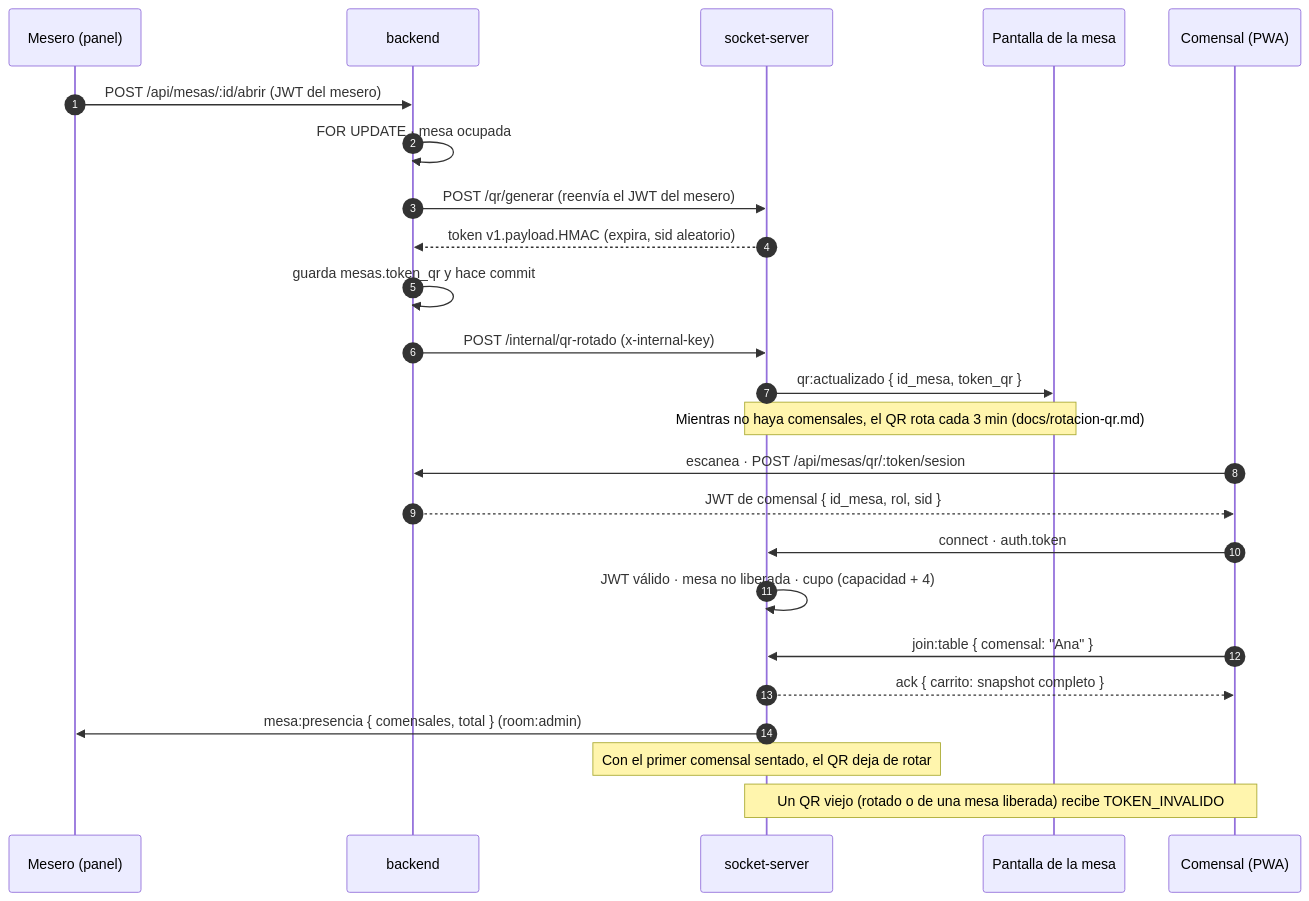
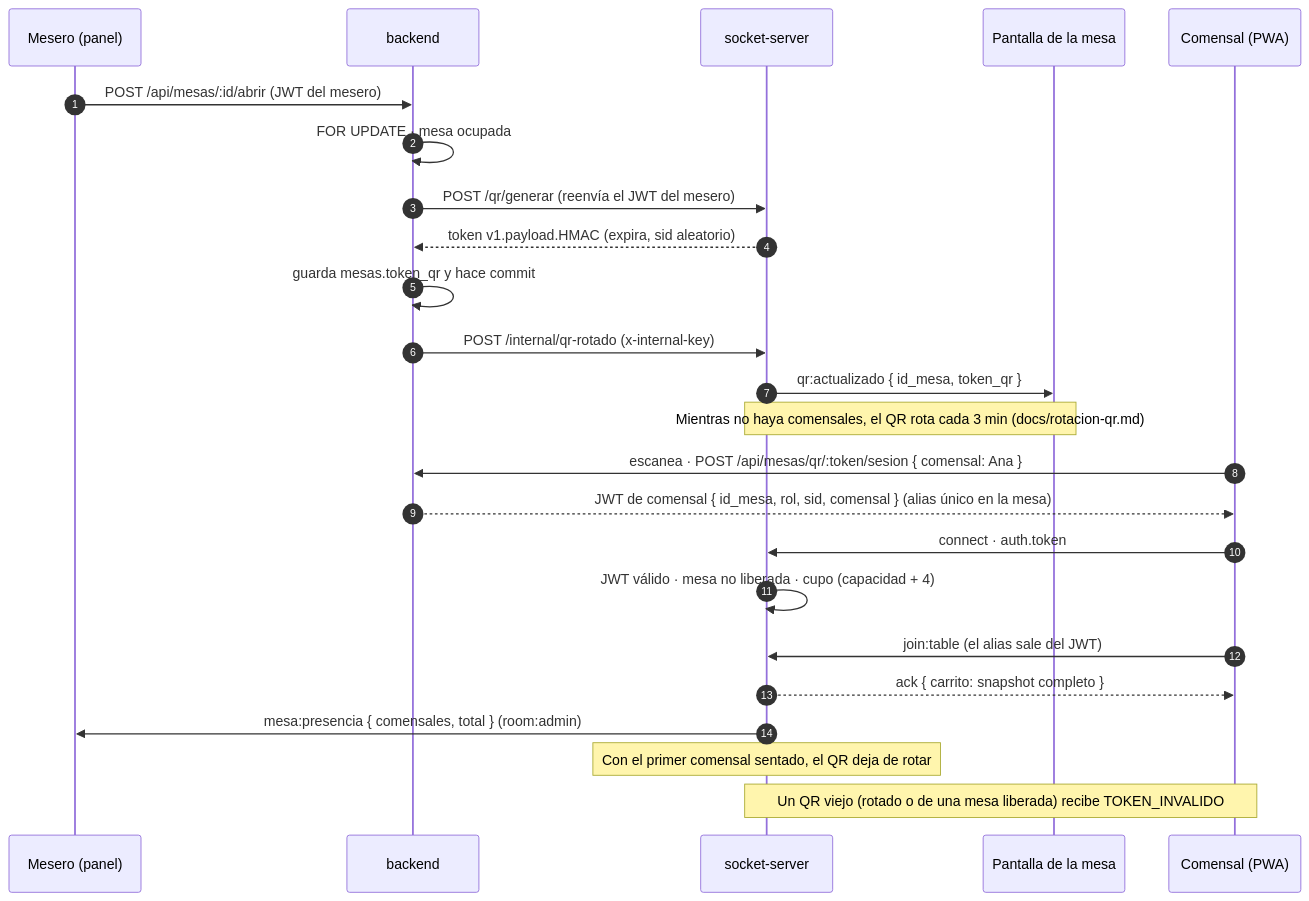
One commit to jdavidpulgarin/smartdining changed the first of 4 diagrams in socket-server/README.md. Above: the diagram before and after it, drawn with Mermaid. The commit also changed other lines of this file and 5 other files, not shown here.

First line of the commit message:
docs(socket): documentar alias tomado del jwt

````diff
--- a/socket-server/README.md
+++ b/socket-server/README.md
@@ -97,26 +96,26 @@
 ```mermaid
 sequenceDiagram
   autonumber
   participant M as Mesero (panel)
   participant B as backend
   participant S as socket-server
   participant P as Pantalla de la mesa
   participant C as Comensal (PWA)
   M->>B: POST /api/mesas/:id/abrir (JWT del mesero)
   B->>B: FOR UPDATE · mesa ocupada
   B->>S: POST /qr/generar (reenvía el JWT del mesero)
   S-->>B: token v1.payload.HMAC (expira, sid aleatorio)
   B->>B: guarda mesas.token_qr y hace commit
   B->>S: POST /internal/qr-rotado (x-internal-key)
   S->>P: qr:actualizado { id_mesa, token_qr }
   Note over S,P: Mientras no haya comensales, el QR rota cada 3 min (docs/rotacion-qr.md)
-  C->>B: escanea · POST /api/mesas/qr/:token/sesion
-  B-->>C: JWT de comensal { id_mesa, rol, sid }
+  C->>B: escanea · POST /api/mesas/qr/:token/sesion { comensal: Ana }
+  B-->>C: JWT de comensal { id_mesa, rol, sid, comensal } (alias único en la mesa)
   C->>S: connect · auth.token
   S->>S: JWT válido · mesa no liberada · cupo (capacidad + 4)
-  C->>S: join:table { comensal: "Ana" }
+  C->>S: join:table (el alias sale del JWT)
   S-->>C: ack { carrito: snapshot completo }
   S->>M: mesa:presencia { comensales, total } (room:admin)
   Note over S: Con el primer comensal sentado, el QR deja de rotar
   Note over C,S: Un QR viejo (rotado o de una mesa liberada) recibe TOKEN_INVALIDO
 ```
````
